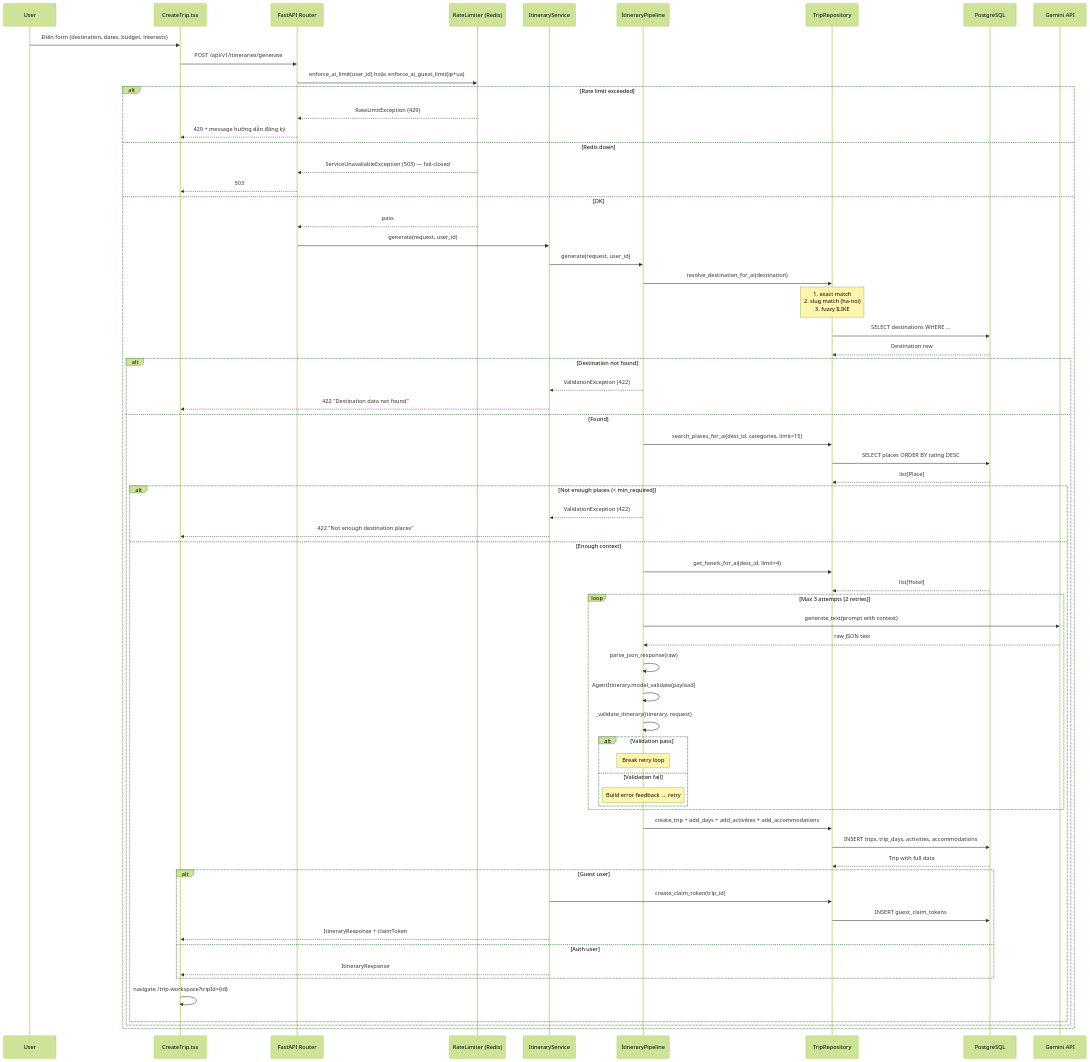
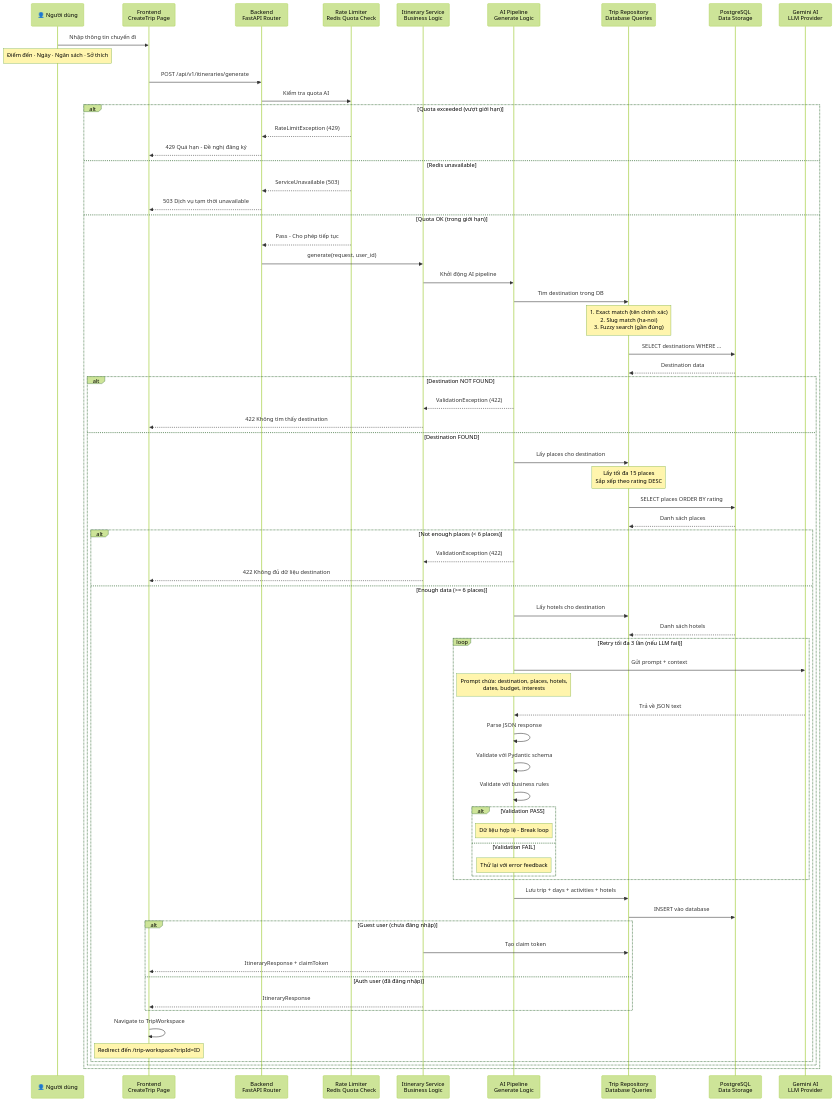
Before and after one commit to KhoiBui16/NT208-ai-travel-itinerary-recommendation-system: the seventh of 12 diagrams in README.md, drawn with Mermaid (forest theme). The commit also changed other lines of this file and 96 other files, not shown here.

````diff
--- a/README.md
+++ b/README.md
@@ -1207,79 +1244,81 @@
 ```mermaid
 sequenceDiagram
-    participant User
-    participant FE as CreateTrip.tsx
-    participant BE as FastAPI Router
-    participant RL as RateLimiter (Redis)
-    participant SVC as ItineraryService
-    participant PIPE as ItineraryPipeline
-    participant REPO as TripRepository
-    participant DB as PostgreSQL
-    participant LLM as Gemini API
+    participant User as 👤 Người dùng
+    participant FE as Frontend<br/>CreateTrip Page
+    participant BE as Backend<br/>FastAPI Router
+    participant RL as Rate Limiter<br/>Redis Quota Check
+    participant SVC as Itinerary Service<br/>Business Logic
+    participant PIPE as AI Pipeline<br/>Generate Logic
+    participant REPO as Trip Repository<br/>Database Queries
+    participant DB as PostgreSQL<br/>Data Storage
+    participant LLM as Gemini AI<br/>LLM Provider
 
-    User->>FE: Điền form (destination, dates, budget, interests)
+    User->>FE: Nhập thông tin chuyến đi
+    Note over User: Điểm đến · Ngày · Ngân sách · Sở thích
     FE->>BE: POST /api/v1/itineraries/generate
-    BE->>RL: enforce_ai_limit(user_id) hoặc enforce_ai_guest_limit(ip+ua)
+    BE->>RL: Kiểm tra quota AI
 
-    alt Rate limit exceeded
+    alt Quota exceeded (vượt giới hạn)
         RL-->>BE: RateLimitException (429)
-        BE-->>FE: 429 + message hướng dẫn đăng ký
-    else Redis down
-        RL-->>BE: ServiceUnavailableException (503) — fail-closed
-        BE-->>FE: 503
-    else OK
-        RL-->>BE: pass
+        BE-->>FE: 429 Quá hạn - Đề nghị đăng ký
+    else Redis unavailable
+        RL-->>BE: ServiceUnavailable (503)
+        BE-->>FE: 503 Dịch vụ tạm thời unavailable
+    else Quota OK (trong giới hạn)
+        RL-->>BE: Pass - Cho phép tiếp tục
         BE->>SVC: generate(request, user_id)
-        SVC->>PIPE: generate(request, user_id)
+        SVC->>PIPE: Khởi động AI pipeline
 
-        PIPE->>REPO: resolve_destination_for_ai(destination)
-        Note over REPO: 1. exact match<br/>2. slug match (ha-noi)<br/>3. fuzzy ILIKE
+        PIPE->>REPO: Tìm destination trong DB
+        Note over REPO: 1. Exact match (tên chính xác)<br/>2. Slug match (ha-noi)<br/>3. Fuzzy search (gần đúng)
         REPO->>DB: SELECT destinations WHERE ...
-        DB-->>REPO: Destination row
+        DB-->>REPO: Destination data
 
-        alt Destination not found
+        alt Destination NOT FOUND
             PIPE-->>SVC: ValidationException (422)
-            SVC-->>FE: 422 "Destination data not found"
-        else Found
-            PIPE->>REPO: search_places_for_ai(dest_id, categories, limit=15)
-            REPO->>DB: SELECT places ORDER BY rating DESC
-            DB-->>REPO: list[Place]
+            SVC-->>FE: 422 Không tìm thấy destination
+        else Destination FOUND
+            PIPE->>REPO: Lấy places cho destination
+            Note over REPO: Lấy tối đa 15 places<br/>Sắp xếp theo rating DESC
+            REPO->>DB: SELECT places ORDER BY rating
+            DB-->>REPO: Danh sách places
 
-            alt Not enough places (< min_required)
+            alt Not enough places (< 6 places)
                 PIPE-->>SVC: ValidationException (422)
-                SVC-->>FE: 422 "Not enough destination places"
-            else Enough context
-                PIPE->>REPO: get_hotels_for_ai(dest_id, limit=4)
-                DB-->>REPO: list[Hotel]
+                SVC-->>FE: 422 Không đủ dữ liệu destination
+            else Enough data (>= 6 places)
+                PIPE->>REPO: Lấy hotels cho destination
+                DB-->>REPO: Danh sách hotels
 
-                loop Max 3 attempts (2 retries)
-                    PIPE->>LLM: generate_text(prompt with context)
-                    LLM-->>PIPE: raw JSON text
+                loop Retry tối đa 3 lần (nếu LLM fail)
+                    PIPE->>LLM: Gửi prompt + context
+                    Note over PIPE: Prompt chứa: destination, places, hotels,<br/>dates, budget, interests
+                    LLM-->>PIPE: Trả về JSON text
 
-                    PIPE->>PIPE: parse_json_response(raw)
-                    PIPE->>PIPE: AgentItinerary.model_validate(payload)
-                    PIPE->>PIPE: _validate_itinerary(itinerary, request)
+                    PIPE->>PIPE: Parse JSON response
+                    PIPE->>PIPE: Validate với Pydantic schema
+                    PIPE->>PIPE: Validate với business rules
 
-                    alt Validation pass
-                        Note over PIPE: Break retry loop
-                    else Validation fail
-                        Note over PIPE: Build error feedback → retry
+                    alt Validation PASS
+                        Note over PIPE: Dữ liệu hợp lệ - Break loop
+                    else Validation FAIL
+                        Note over PIPE: Thử lại với error feedback
                     end
                 end
 
-                PIPE->>REPO: create_trip + add_days + add_activities + add_accommodations
-                REPO->>DB: INSERT trips, trip_days, activities, accommodations
-                DB-->>REPO: Trip with full data
+                PIPE->>REPO: Lưu trip + days + activities + hotels
+                REPO->>DB: INSERT vào database
 
-                alt Guest user
-                    SVC->>REPO: create_claim_token(trip_id)
-                    REPO->>DB: INSERT guest_claim_tokens
+                alt Guest user (chưa đăng nhập)
+                    SVC->>REPO: Tạo claim token
                     SVC-->>FE: ItineraryResponse + claimToken
-                else Auth user
+                else Auth user (đã đăng nhập)
                     SVC-->>FE: ItineraryResponse
                 end
 
-                FE->>FE: navigate /trip-workspace?tripId={id}
+                FE->>FE: Navigate to TripWorkspace
+                Note over FE: Redirect đến /trip-workspace?tripId=ID
             end
         end
     end
 ```
````
